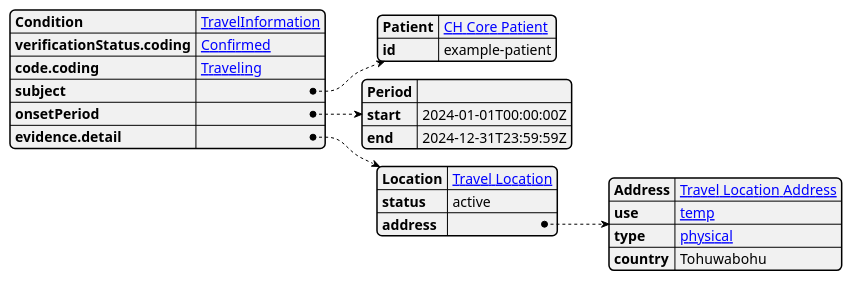
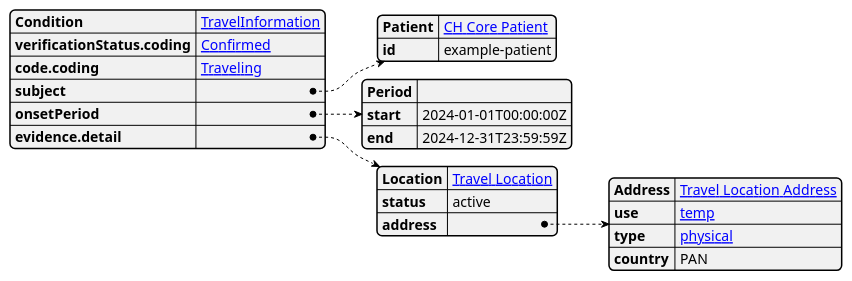
Before and after one commit to hl7ch/ch-vacd: the diagram in input/images-source/travel-information-model.plantuml, drawn with PlantUML. The commit also changed 2 other files, not shown here.

Commit message:
switch to CHCoreAddress as parent for TravelInformationAddress and set example to PAN (#69)

```diff
--- a/input/images-source/travel-information-model.plantuml
+++ b/input/images-source/travel-information-model.plantuml
@@ -1,29 +1,29 @@
 @startjson
 
 {
 
     "Condition": "[[StructureDefinition-ch-vacd-travel-information.html TravelInformation]]",
     "verificationStatus.coding": "[[https://hl7.org/fhir/R4/codesystem-condition-ver-status.html#condition-ver-status-confirmed Confirmed]]",
     "code.coding": "[[http://snomed.info/id/129018004 Traveling]]",
     "subject": {
         "Patient": "[[https://fhir.ch/ig/ch-core/StructureDefinition-ch-core-patient.html CH Core Patient]]",
         "id": "example-patient"
     },
     "onsetPeriod": {
         "Period": "",
         "start": "2024-01-01T00:00:00Z",
         "end": "2024-12-31T23:59:59Z"
     },
     "evidence.detail": {
         "Location": "[[StructureDefinition-ch-vacd-travel-location.html Travel Location]]",
         "status": "active",
         "address": {
             "Address": "[[StructureDefinition-ch-vacd-travel-location-address.html Travel Location Address]]",
             "use": "[[https://hl7.org/fhir/R4/codesystem-address-use.html#address-use-temp temp]]",
             "type": "[[https://hl7.org/fhir/R4/codesystem-address-type.html#address-type-physical physical]]",
-            "country": "Tohuwabohu"
+            "country": "PAN"
         }
     }
 }
 
 @endjson
```
